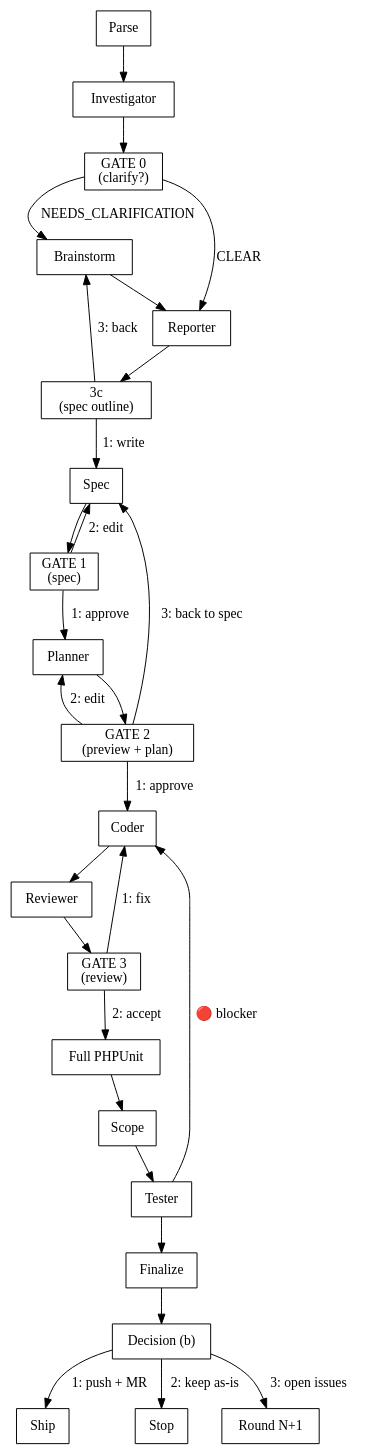
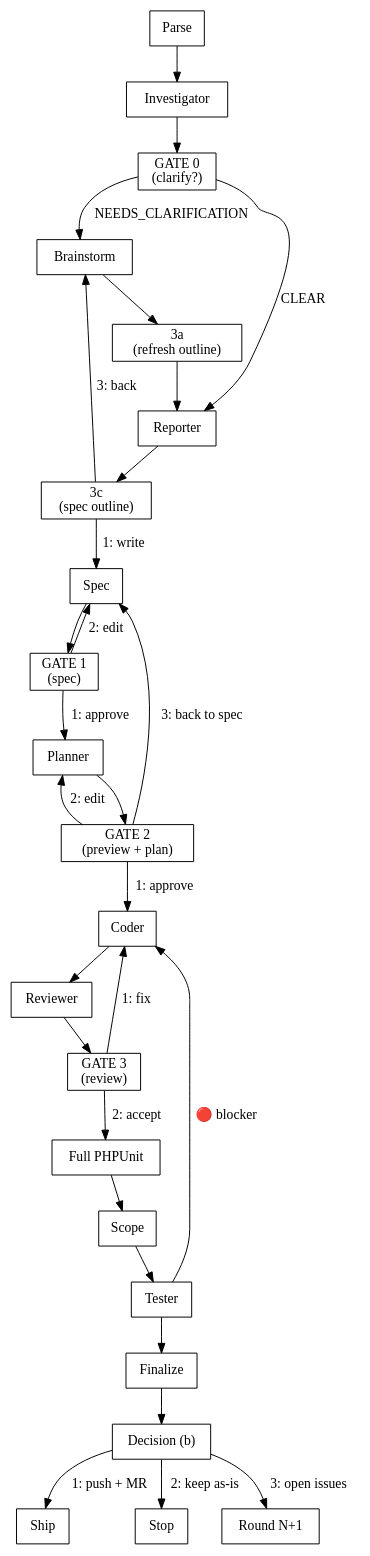
One commit to ttncode/unioss-plugins changed the diagram in plugins/unioss-pipeline/skills/unioss-pipeline/SKILL.md. Above: the diagram before and after it, drawn with Graphviz. The commit also changed other lines of this file and 5 other files, not shown here.

````diff
--- a/plugins/unioss-pipeline/skills/unioss-pipeline/SKILL.md
+++ b/plugins/unioss-pipeline/skills/unioss-pipeline/SKILL.md
@@ -117,34 +118,35 @@
 ```dot
 digraph unioss_pipeline {
   rankdir=TB;
   node [shape=box];
 
   Parse -> Investigator;
   Investigator -> "GATE 0\n(clarify?)";
   "GATE 0\n(clarify?)" -> Brainstorm [label="NEEDS_CLARIFICATION"];
-  Brainstorm -> Reporter;
+  Brainstorm -> "3a\n(refresh outline)";
+  "3a\n(refresh outline)" -> Reporter;
   "GATE 0\n(clarify?)" -> Reporter [label="CLEAR"];
   Reporter -> "3c\n(spec outline)";
   "3c\n(spec outline)" -> Brainstorm [label="3: back"];
   "3c\n(spec outline)" -> Spec [label="1: write"];
   Spec -> "GATE 1\n(spec)";
   "GATE 1\n(spec)" -> Spec [label="2: edit"];
   "GATE 1\n(spec)" -> Planner [label="1: approve"];
   Planner -> "GATE 2\n(preview + plan)";
   "GATE 2\n(preview + plan)" -> Planner [label="2: edit"];
   "GATE 2\n(preview + plan)" -> Spec [label="3: back to spec"];
   "GATE 2\n(preview + plan)" -> Coder [label="1: approve"];
   Coder -> Reviewer;
   Reviewer -> "GATE 3\n(review)";
   "GATE 3\n(review)" -> Coder [label="1: fix"];
   "GATE 3\n(review)" -> "Full PHPUnit" [label="2: accept"];
   "Full PHPUnit" -> Scope;
   Scope -> Tester;
   Tester -> Coder [label="🔴 blocker"];
   Tester -> Finalize;
   Finalize -> "Decision (b)";
   "Decision (b)" -> Ship [label="1: push + MR"];
   "Decision (b)" -> Stop [label="2: keep as-is"];
   "Decision (b)" -> "Round N+1" [label="3: open issues"];
 }
 ```
````
